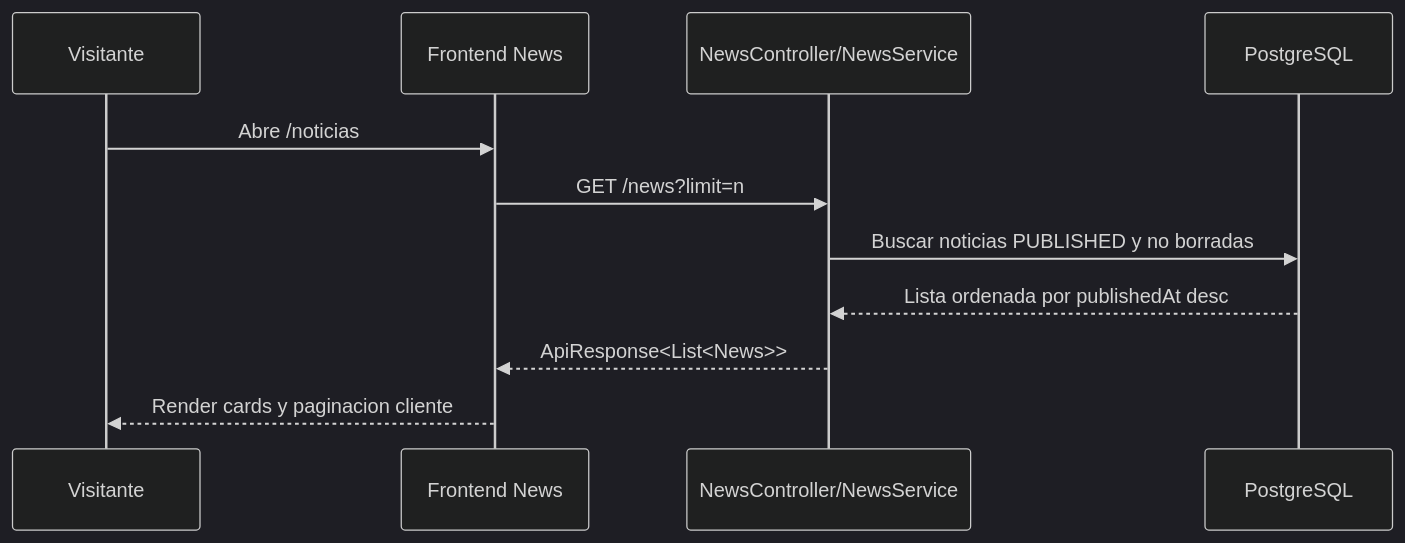
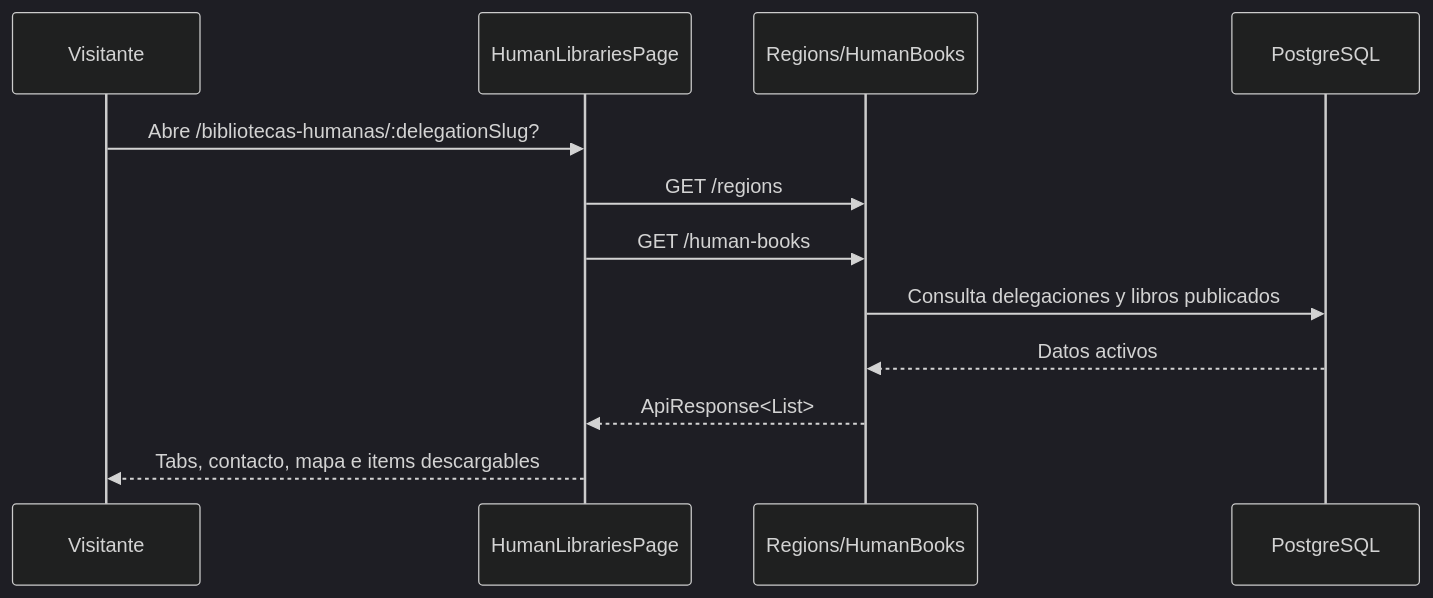
The third of 5 diagrams in docs/02-architecture/02.4-runtime-flows.md (RoockDev/proyecto-proclade), drawn with Mermaid (dark theme) before and after one commit. The commit also changed other lines of this file and 37 other files, not shown here.

````diff
--- a/docs/02-architecture/02.4-runtime-flows.md
+++ b/docs/02-architecture/02.4-runtime-flows.md
@@ -44,14 +43,15 @@
 ```mermaid
 sequenceDiagram
   participant V as Visitante
-  participant FE as Frontend News
-  participant API as NewsController/NewsService
+  participant FE as HumanLibrariesPage
+  participant API as Regions/HumanBooks
   participant DB as PostgreSQL
 
-  V->>FE: Abre /noticias
-  FE->>API: GET /news?limit=n
-  API->>DB: Buscar noticias PUBLISHED y no borradas
-  DB-->>API: Lista ordenada por publishedAt desc
-  API-->>FE: ApiResponse<List<News>>
-  FE-->>V: Render cards y paginacion cliente
+  V->>FE: Abre /bibliotecas-humanas/:delegationSlug?
+  FE->>API: GET /regions
+  FE->>API: GET /human-books
+  API->>DB: Consulta delegaciones y libros publicados
+  DB-->>API: Datos activos
+  API-->>FE: ApiResponse<List>
+  FE-->>V: Tabs, contacto, mapa e items descargables
 ```
````
